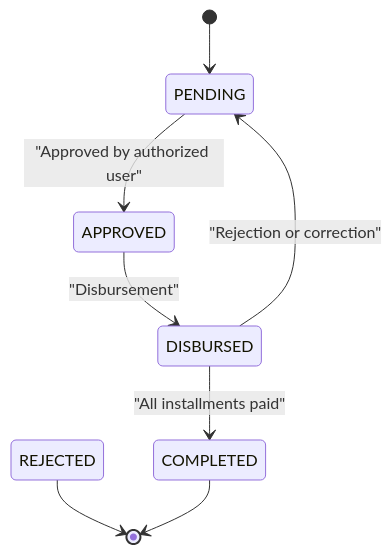
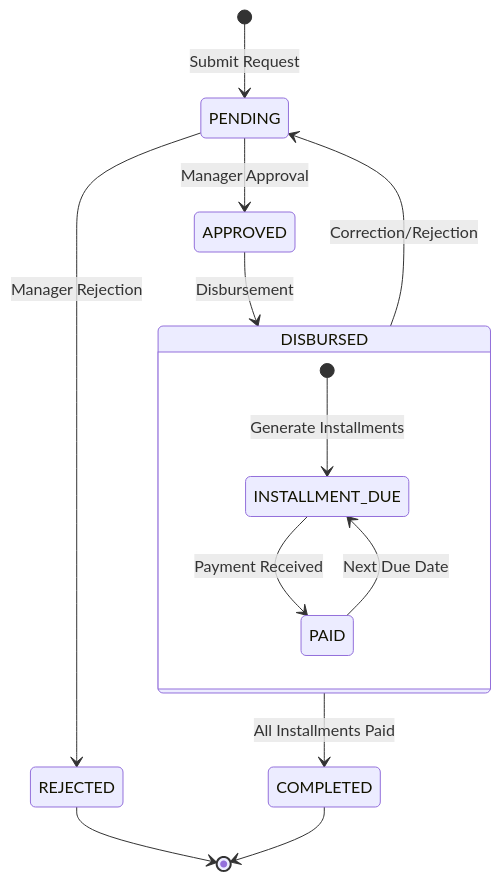
The fifth of 7 diagrams in .qoder/repowiki/en/content/Kasbon Management.md (bikinaplikasipakeqoder-dot/payroll-hris), drawn with Mermaid before and after one commit. The commit also changed other lines of this file and 22 other files, not shown here.

````diff
--- a/.qoder/repowiki/en/content/Kasbon Management.md
+++ b/.qoder/repowiki/en/content/Kasbon Management.md
@@ -233,10 +274,16 @@
 ```mermaid
 stateDiagram-v2
-[*] --> PENDING
-PENDING --> APPROVED : "Approved by authorized user"
-APPROVED --> DISBURSED : "Disbursement"
-DISBURSED --> COMPLETED : "All installments paid"
-DISBURSED --> PENDING : "Rejection or correction"
+[*] --> PENDING : Submit Request
+PENDING --> APPROVED : Manager Approval
+PENDING --> REJECTED : Manager Rejection
+APPROVED --> DISBURSED : Disbursement
+DISBURSED --> COMPLETED : All Installments Paid
+DISBURSED --> PENDING : Correction/Rejection
 REJECTED --> [*]
 COMPLETED --> [*]
+state DISBURSED {
+[*] --> INSTALLMENT_DUE : Generate Installments
+INSTALLMENT_DUE --> PAID : Payment Received
+PAID --> INSTALLMENT_DUE : Next Due Date
+}
 ```
````
